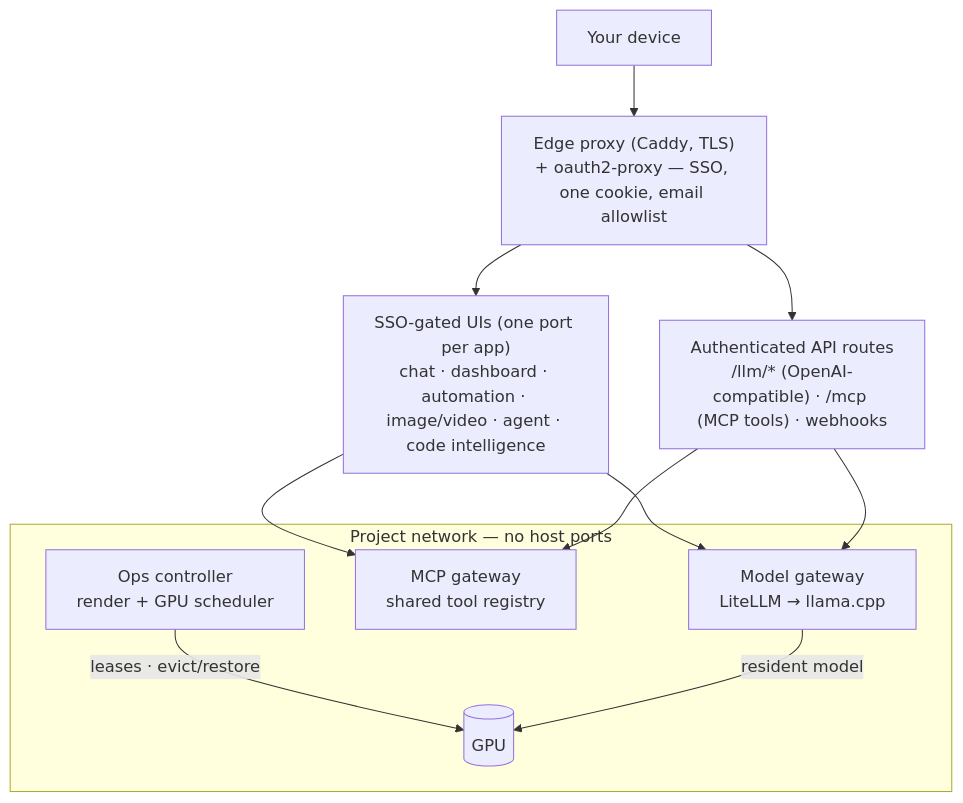
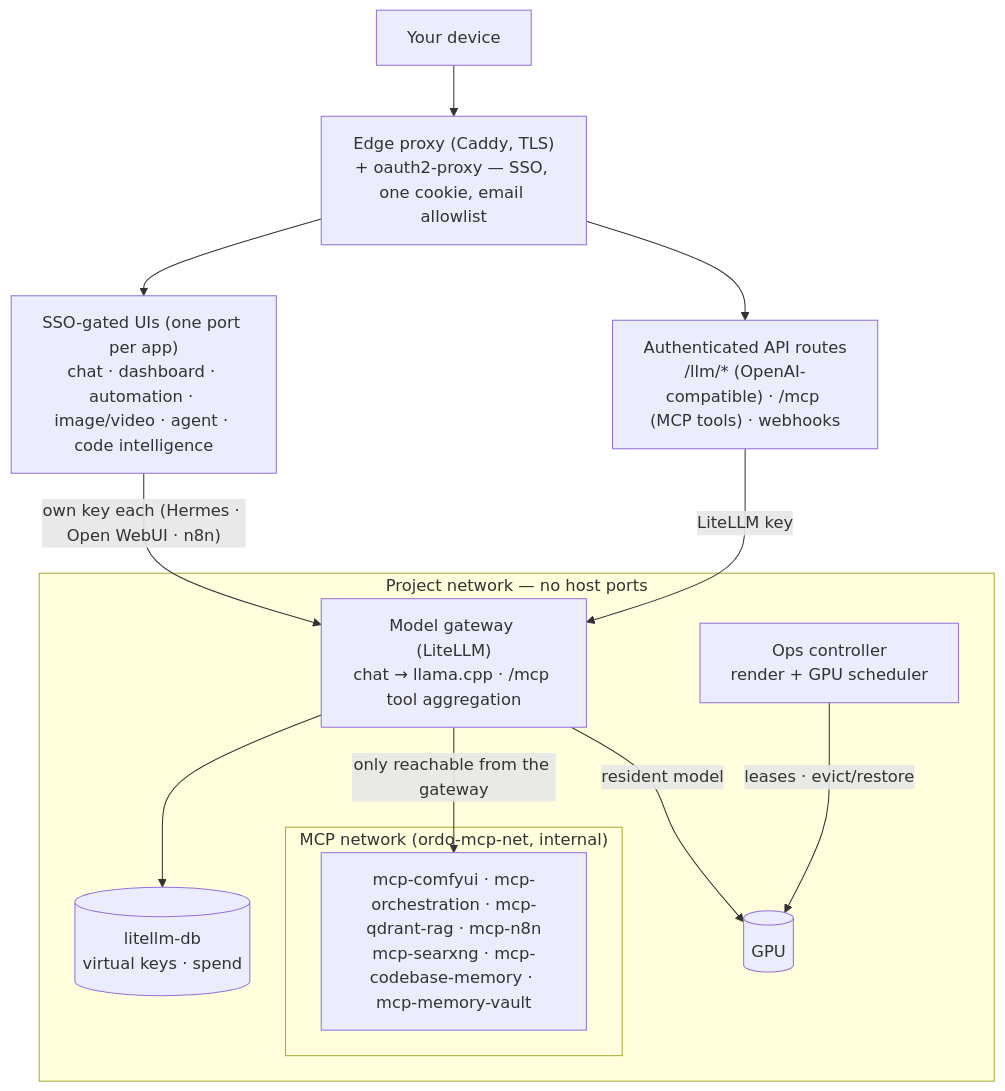
One commit to AlienWalker1995/Ordo-AI-Stack changed the second of 2 diagrams in README.md. Above: the diagram before and after it, drawn with Mermaid. The commit also changed other lines of this file and 37 other files, not shown here.

Commit message:
docs: LiteLLM MCP gateway, Postgres-backed keys, mcp-<id> services; retire Docker mcp-gateway references

````diff
--- a/README.md
+++ b/README.md
@@ -116,18 +116,21 @@
 ```mermaid
 flowchart TB
     U["Your device"] --> E["Edge proxy (Caddy, TLS)<br/>+ oauth2-proxy — SSO, one cookie, email allowlist"]
     E --> UIs["SSO-gated UIs (one port per app)<br/>chat · dashboard · automation · image/video · agent · code intelligence"]
     E --> API["Authenticated API routes<br/>/llm/* (OpenAI-compatible) · /mcp (MCP tools) · webhooks"]
     subgraph internal["Project network — no host ports"]
-        MG["Model gateway<br/>LiteLLM → llama.cpp"]
-        MCP["MCP gateway<br/>shared tool registry"]
+        MG["Model gateway (LiteLLM)<br/>chat → llama.cpp · /mcp tool aggregation"]
+        DB[("litellm-db<br/>virtual keys · spend")]
         OPS["Ops controller<br/>render + GPU scheduler"]
         GPU[("GPU")]
+        subgraph mcpnet["MCP network (ordo-mcp-net, internal)"]
+            MCPS["mcp-comfyui · mcp-orchestration · mcp-qdrant-rag · mcp-n8n<br/>mcp-searxng · mcp-codebase-memory · mcp-memory-vault"]
+        end
     end
-    UIs --> MG
-    UIs --> MCP
-    API --> MG
-    API --> MCP
+    UIs -- "own key each (Hermes · Open WebUI · n8n)" --> MG
+    API -- "LiteLLM key" --> MG
+    MG --> DB
+    MG -- "only reachable from the gateway" --> MCPS
     OPS -- "leases · evict/restore" --> GPU
     MG -- "resident model" --> GPU
 ```
````
